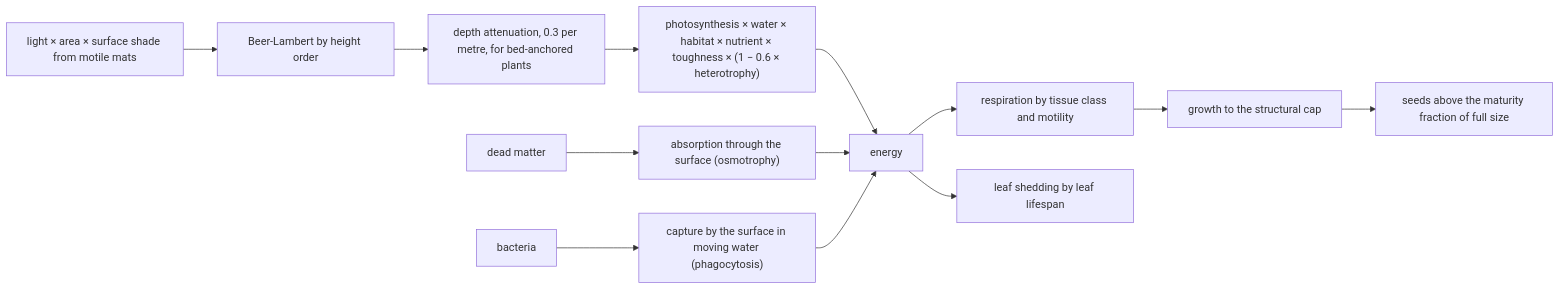
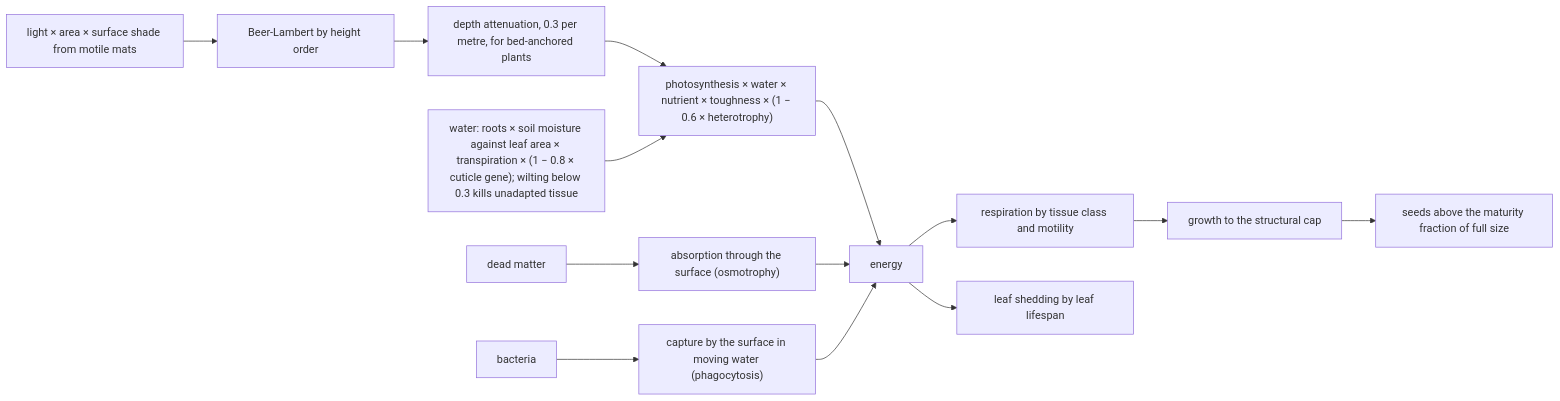
The third of 5 diagrams in docs/SPEC.md (Tubbles/evo-planet), drawn with Mermaid before and after one commit. The commit also changed other lines of this file and 1 other file, not shown here.

Commit message:
Spec and notes: plants live by their water balance
Claude-Session: https://claude.ai/code/session_01GLWuSyDJjWnuLtzNqxeWCD

````diff
--- a/docs/SPEC.md
+++ b/docs/SPEC.md
@@ -423,15 +423,16 @@
 ```mermaid
 flowchart LR
   L["light × area × surface shade from motile mats"] --> BL["Beer-Lambert by height order"]
   BL --> DA["depth attenuation, 0.3 per metre, for bed-anchored plants"]
-  DA --> PH["photosynthesis × water × habitat × nutrient × toughness × (1 − 0.6 × heterotrophy)"]
+  DA --> PH["photosynthesis × water × nutrient × toughness × (1 − 0.6 × heterotrophy)"]
+  WT["water: roots × soil moisture against leaf area × transpiration × (1 − 0.8 × cuticle gene); wilting below 0.3 kills unadapted tissue"] --> PH
   DM[dead matter] --> OS["absorption through the surface (osmotrophy)"]
   BA[bacteria] --> PG["capture by the surface in moving water (phagocytosis)"]
   PH --> EN[energy]
   OS --> EN
   PG --> EN
   EN --> RS["respiration by tissue class and motility"]
   RS --> GR["growth to the structural cap"]
   GR --> SD["seeds above the maturity fraction of full size"]
   EN --> LS["leaf shedding by leaf lifespan"]
 ```
````
